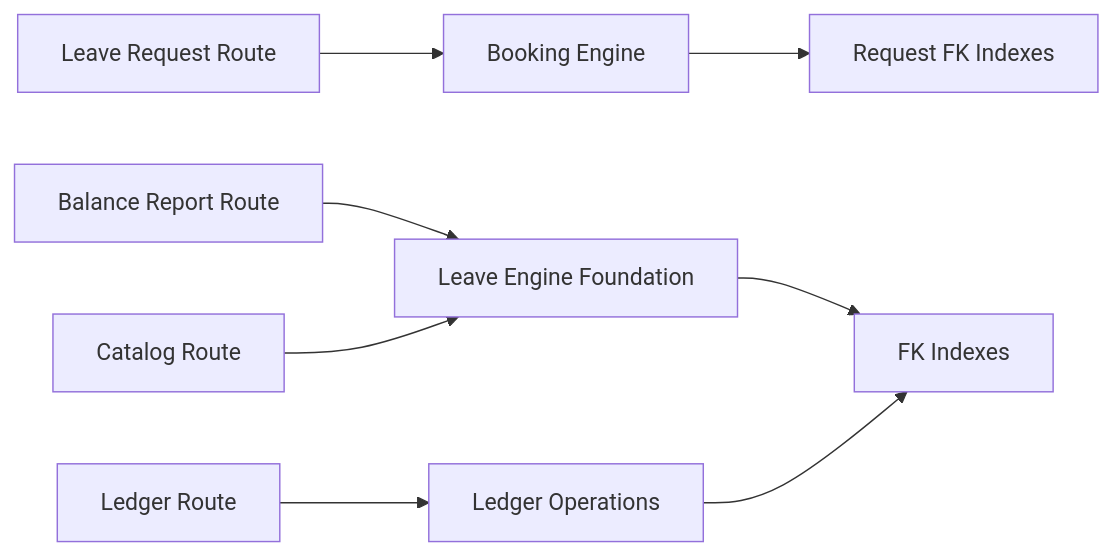
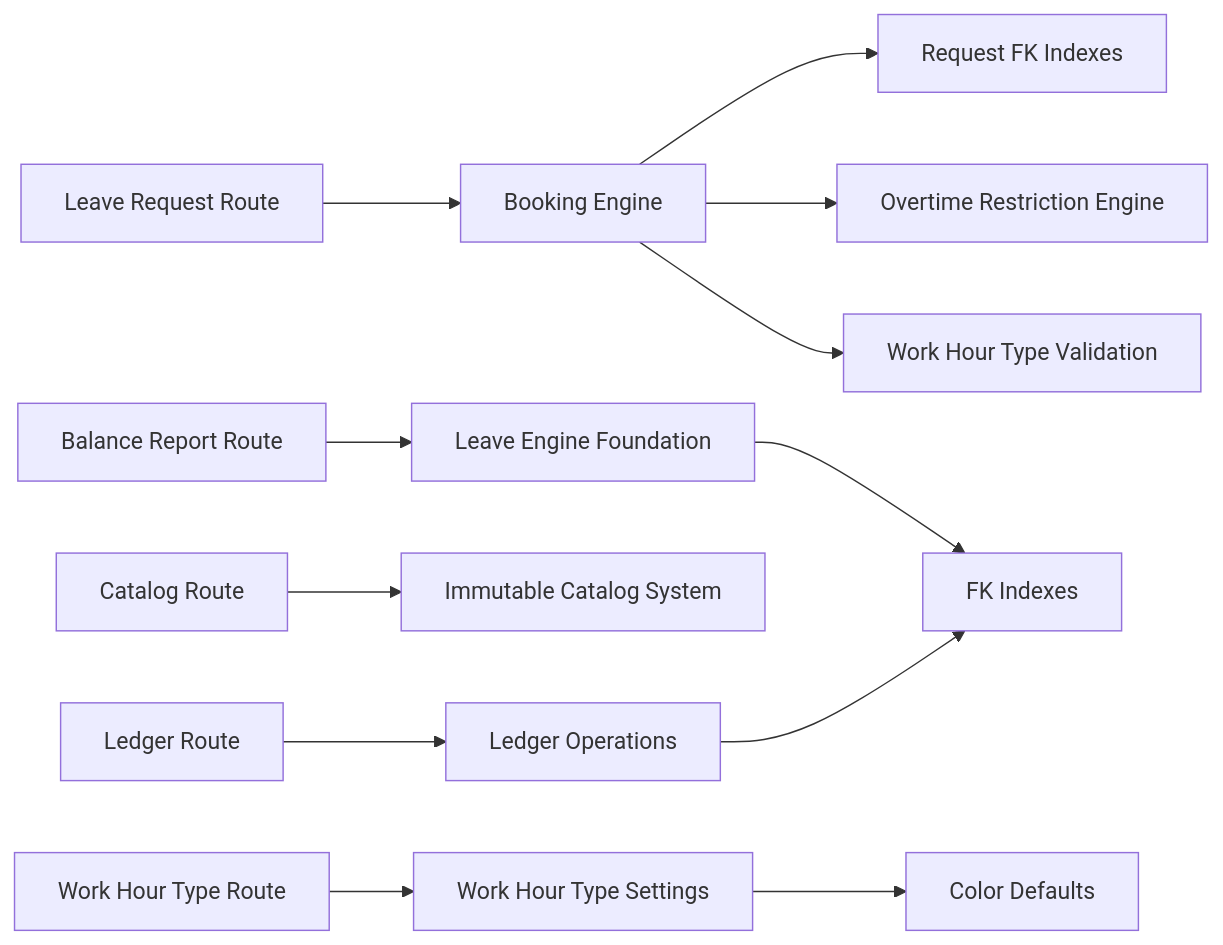
Before and after one commit to EdwinCycling/LiquidHR: the seventh of 7 diagrams in .qoder/repowiki/en/content/Database Schema/Advanced Features Tables/Leave Management Tables.md, drawn with Mermaid. The commit also changed other lines of this file and 120 other files, not shown here.

````diff
--- a/.qoder/repowiki/en/content/Database Schema/Advanced Features Tables/Leave Management Tables.md
+++ b/.qoder/repowiki/en/content/Database Schema/Advanced Features Tables/Leave Management Tables.md
@@ -327,10 +436,14 @@
 ```mermaid
 graph LR
 API_Request["Leave Request Route"] --> Booking["Booking Engine"]
 API_Balance["Balance Report Route"] --> Foundation["Leave Engine Foundation"]
-API_Catalog["Catalog Route"] --> Foundation
+API_Catalog["Catalog Route"] --> ImmutableCatalog["Immutable Catalog System"]
 API_Ledger["Ledger Route"] --> LedgerOps["Ledger Operations"]
+API_WorkHour["Work Hour Type Route"] --> WorkHourTypes["Work Hour Type Settings"]
 Foundation --> FK_Indexes["FK Indexes"]
 Booking --> Request_Indexes["Request FK Indexes"]
+Booking --> OvertimeEngine["Overtime Restriction Engine"]
+Booking --> WorkHourValidation["Work Hour Type Validation"]
 LedgerOps --> FK_Indexes
+WorkHourTypes --> ColorDefaults["Color Defaults"]
 ```
````
